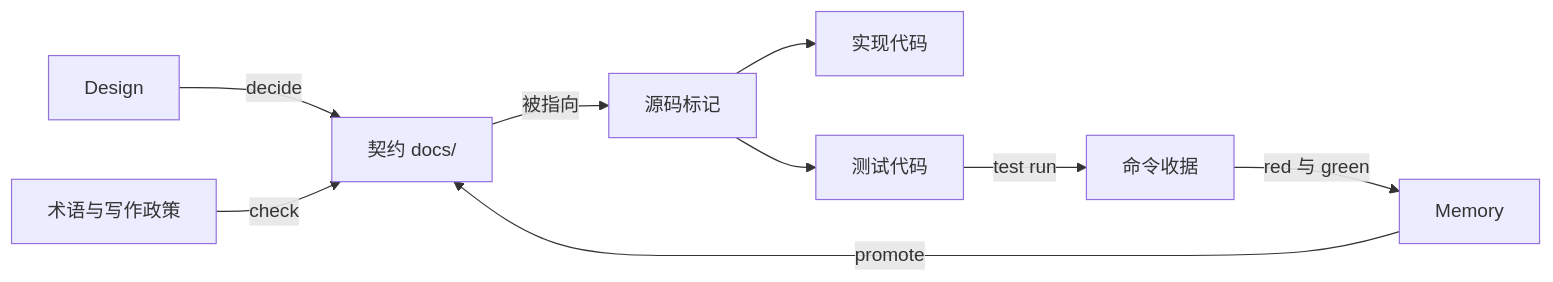
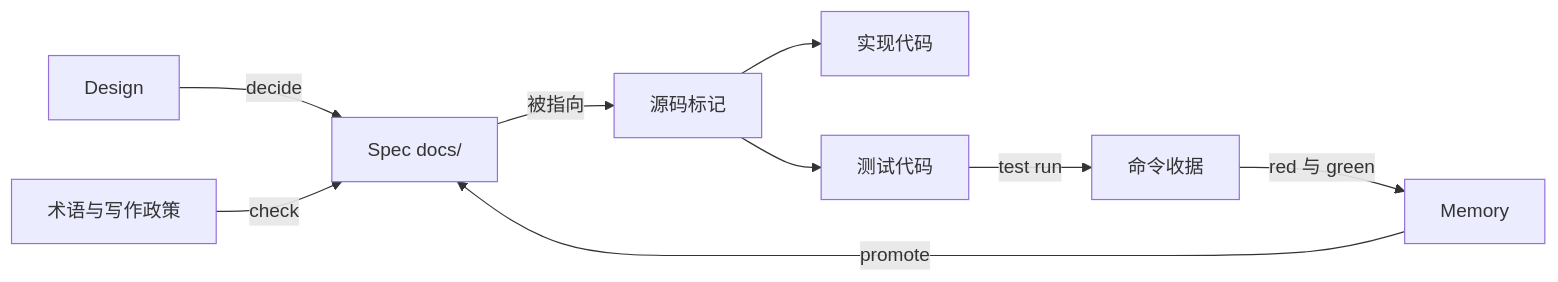
Before and after one commit to CorrectRoadH/Concord: the diagram in docs/why-concord.md, drawn with Mermaid. The commit also changed other lines of this file and 218 other files, not shown here.

````diff
--- a/docs/why-concord.md
+++ b/docs/why-concord.md
@@ -26,11 +26,11 @@
 ```mermaid
 flowchart LR
-  C[契约 docs/] -->|被指向| A[源码标记]
+  C[Spec docs/] -->|被指向| A[源码标记]
   A --> I[实现代码]
   A --> T[测试代码]
   T -->|test run| R[命令收据]
   R -->|red 与 green| M[Memory]
   M -->|promote| C
   D[Design] -->|decide| C
   G[术语与写作政策] -->|check| C
 ```
````
